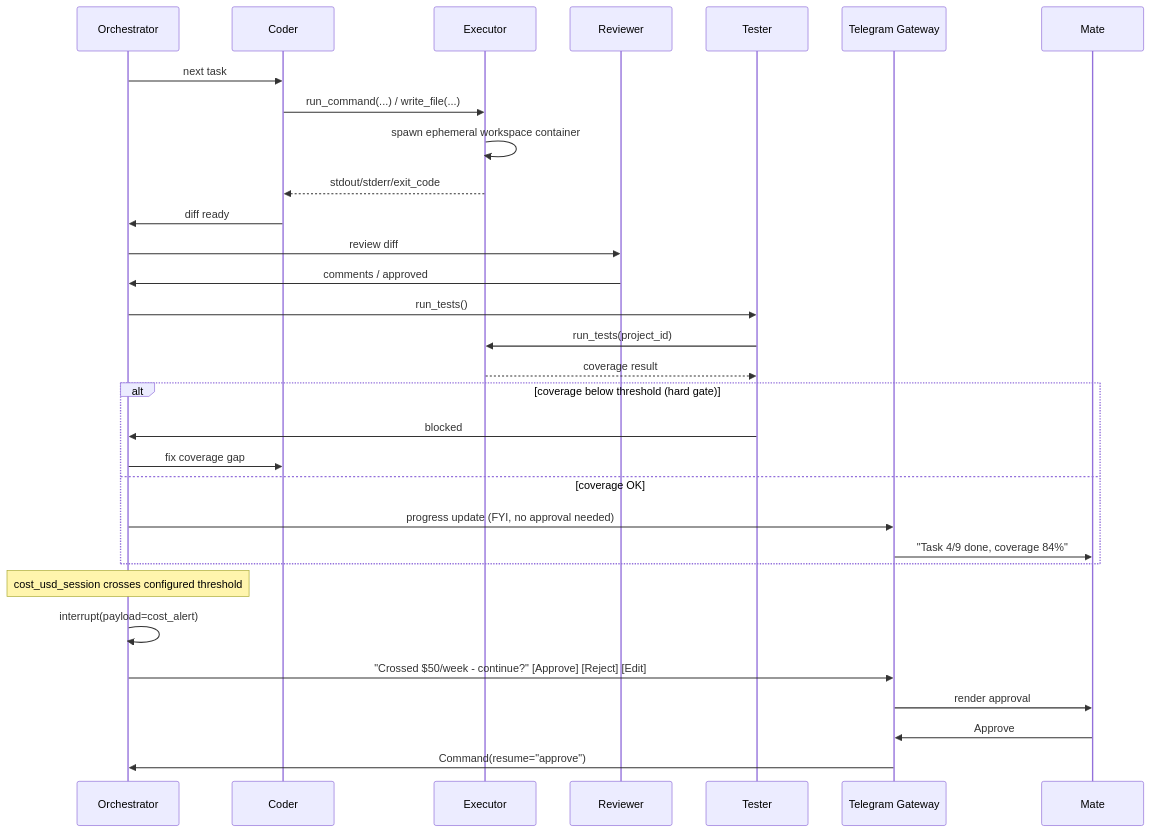
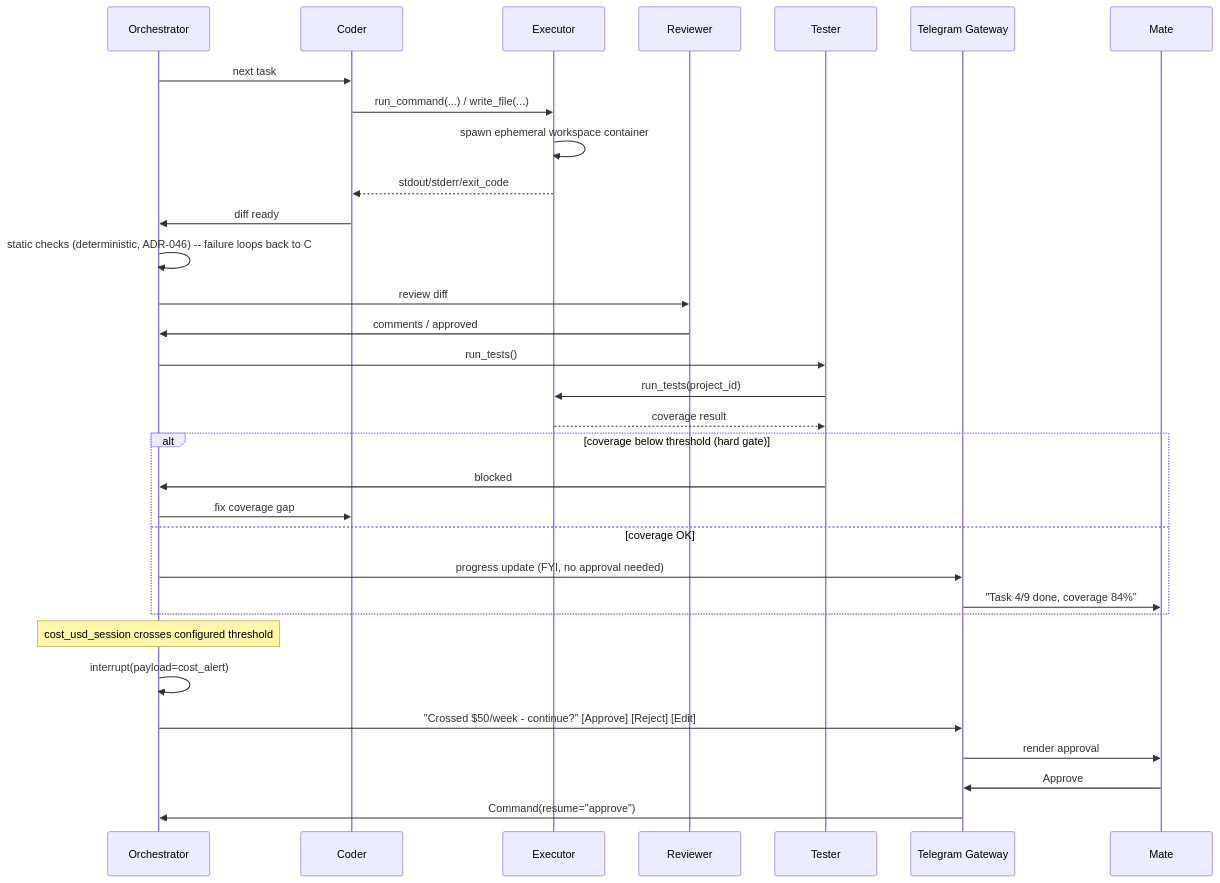
One commit to snipa14/AgentBuddy changed the third of 5 diagrams in ARCHITECTURE.md. Above: the diagram before and after it, drawn with Mermaid. The commit also changed other lines of this file and 1 other file, not shown here.

Commit message:
Phase 23: deterministic static checks before LLM review
Checks off Phase 23's four boxes with verification notes distinguishing
what ran in-sandbox (agents/static_checks.py's 7/7 unit tests) from what's
hand-traced only (node_static_checks/route_after_static_checks and the two
graph-level DoD tests -- deferred to CI, no langgraph in this sandbox).
Adds static_checks to ARCHITECTURE.md's §4.7 agent table and §6.2 sequence
diagram, between Coder and Reviewer. No new ADR -- ADR-046 already covers
this from Task 1.

````diff
--- a/ARCHITECTURE.md
+++ b/ARCHITECTURE.md
@@ -368,34 +369,35 @@
 ```mermaid
 sequenceDiagram
     participant O as Orchestrator
     participant C as Coder
     participant EXE as Executor
     participant R as Reviewer
     participant T as Tester
     participant TG as Telegram Gateway
     participant U as Mate
 
     O->>C: next task
     C->>EXE: run_command(...) / write_file(...)
     EXE->>EXE: spawn ephemeral workspace container
     EXE-->>C: stdout/stderr/exit_code
     C->>O: diff ready
+    O->>O: static checks (deterministic, ADR-046) -- failure loops back to C
     O->>R: review diff
     R->>O: comments / approved
     O->>T: run_tests()
     T->>EXE: run_tests(project_id)
     EXE-->>T: coverage result
     alt coverage below threshold (hard gate)
         T->>O: blocked
         O->>C: fix coverage gap
     else coverage OK
         O->>TG: progress update (FYI, no approval needed)
         TG->>U: "Task 4/9 done, coverage 84%"
     end
     Note over O: cost_usd_session crosses configured threshold
     O->>O: interrupt(payload=cost_alert)
     O->>TG: "Crossed $50/week - continue?" [Approve] [Reject] [Edit]
     TG->>U: render approval
     U->>TG: Approve
     TG->>O: Command(resume="approve")
 ```
````
